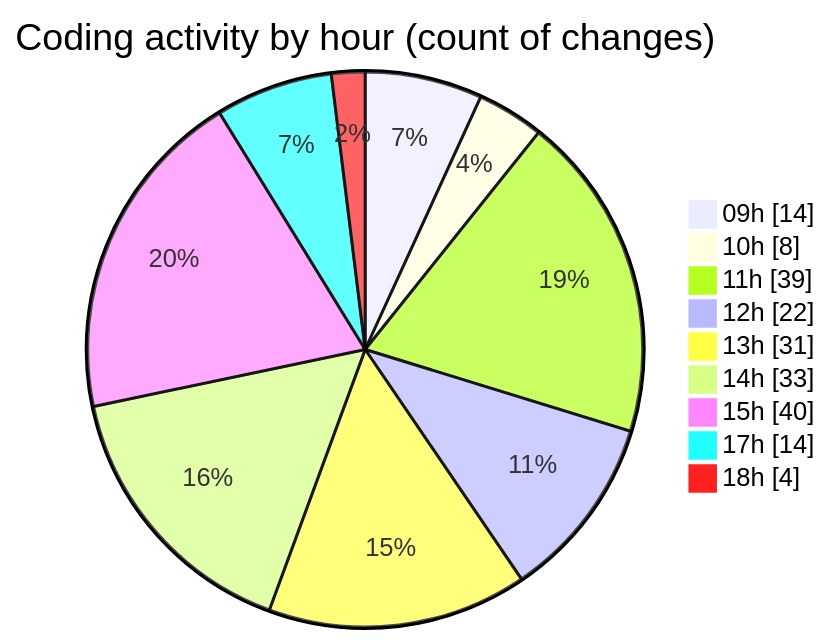
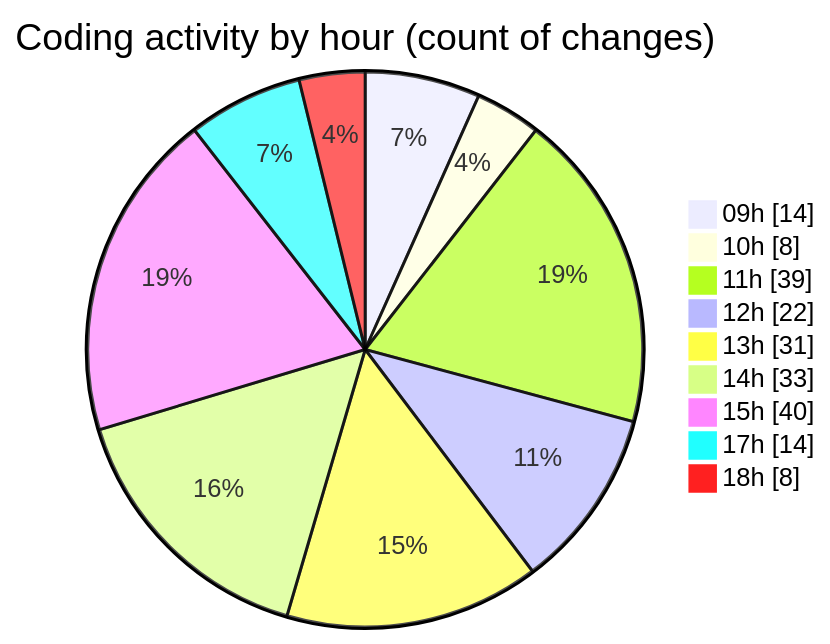
The second of 2 diagrams in 2025-02-07/cda/README.md (momahboobian/code-tracking), drawn with Mermaid before and after one commit. The commit also changed other lines of this file and 1 other file, not shown here.

````diff
--- a/2025-02-07/cda/README.md
+++ b/2025-02-07/cda/README.md
@@ -70,13 +70,13 @@
 ```mermaid
 pie showData
 title Coding activity by hour (count of changes)
 "09h" : 14
 "10h" : 8
 "11h" : 39
 "12h" : 22
 "13h" : 31
 "14h" : 33
 "15h" : 40
 "17h" : 14
-"18h" : 4
+"18h" : 8
 ```
````
